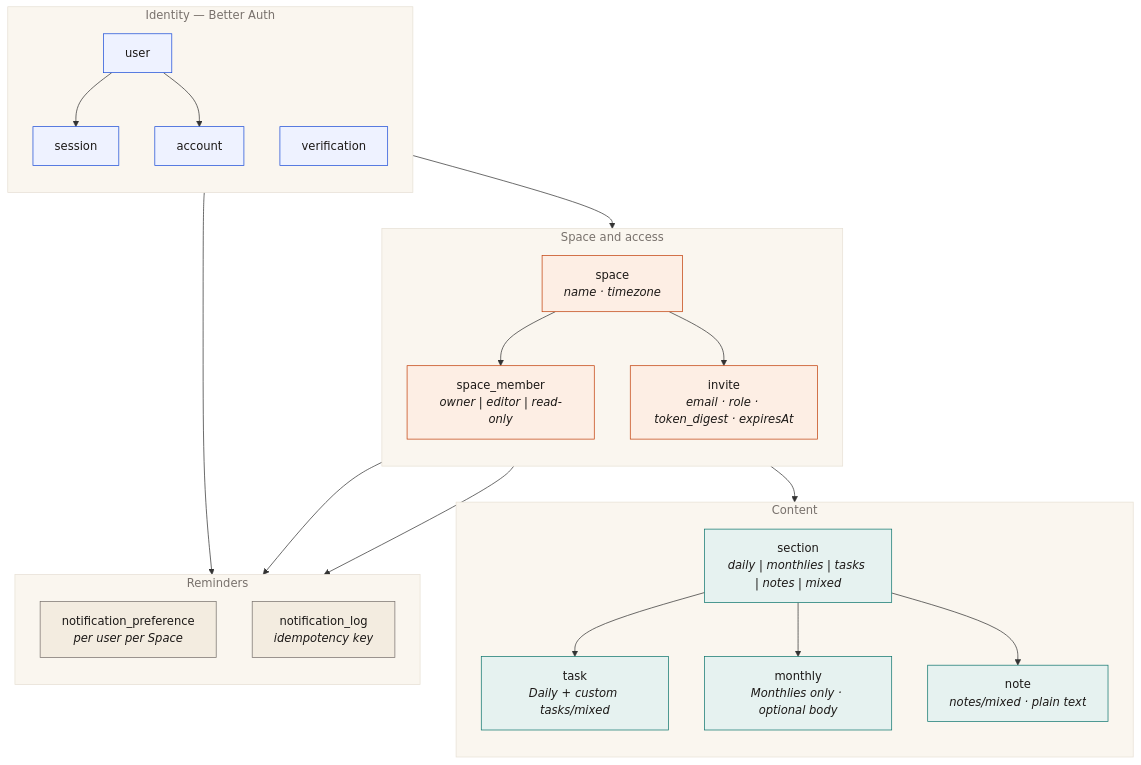
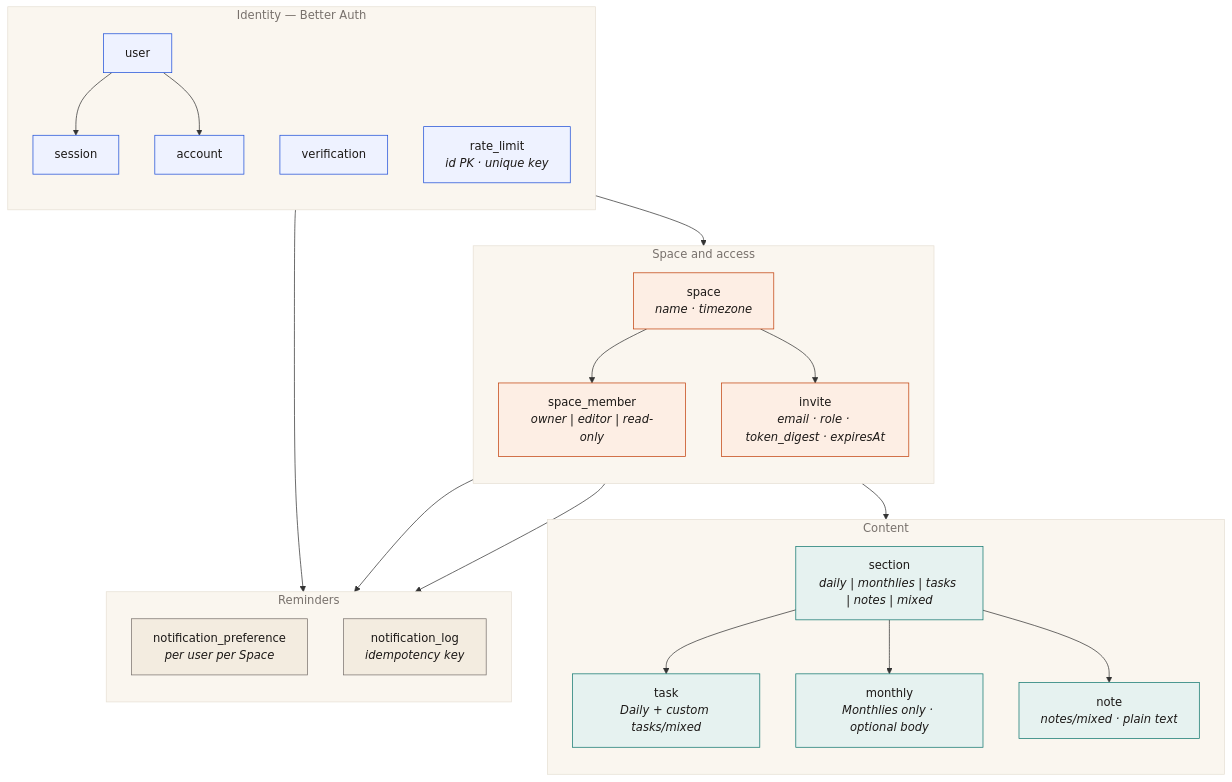
Before and after one commit to JonTrader/Orbit: the first of 3 diagrams in docs/data-model.md, drawn with Mermaid. The commit also changed other lines of this file and 7 other files, not shown here.

Commit message:
Give Better Auth rate_limit an id so production rate limiting can persist.

````diff
--- a/docs/data-model.md
+++ b/docs/data-model.md
@@ -9,59 +9,60 @@
 ```mermaid
 flowchart TB
   subgraph AUTH["Identity — Better Auth"]
     direction TB
     U["user"]
     SE["session"]
     AC["account"]
     VE["verification"]
+    RL["rate_limit<br/><i>id PK · unique key</i>"]
   end
 
   subgraph ACCESS["Space and access"]
     direction TB
     SP["space<br/><i>name · timezone</i>"]
     SM["space_member<br/><i>owner | editor | read-only</i>"]
     IN["invite<br/><i>email · role · token_digest · expiresAt</i>"]
   end
 
   subgraph CONTENT["Content"]
     direction TB
     SC["section<br/><i>daily | monthlies | tasks | notes | mixed</i>"]
     TK["task<br/><i>Daily + custom tasks/mixed</i>"]
     MO["monthly<br/><i>Monthlies only · optional body</i>"]
     NO["note<br/><i>notes/mixed · plain text</i>"]
   end
 
   subgraph NOTIFY["Reminders"]
     direction TB
     NP["notification_preference<br/><i>per user per Space</i>"]
     NL["notification_log<br/><i>idempotency key</i>"]
   end
 
   U --> SE
   U --> AC
   U --> SM
   SP --> SM
   SP --> IN
   SP --> SC
   SC --> TK
   SC --> MO
   SC --> NO
   U --> NP
   SP --> NP
   SP --> NL
 
   classDef auth fill:#eef2ff,stroke:#1d4ed8,stroke-width:1px,color:#1c1917
   classDef access fill:#fdeee4,stroke:#c2410c,stroke-width:1px,color:#1c1917
   classDef content fill:#e6f2f0,stroke:#0f766e,stroke-width:1px,color:#1c1917
   classDef notify fill:#f3ece0,stroke:#78716c,stroke-width:1px,color:#1c1917
 
-  class U,SE,AC,VE auth
+  class U,SE,AC,VE,RL auth
   class SP,SM,IN access
   class SC,TK,MO,NO content
   class NP,NL notify
 
   style AUTH fill:#faf6ef,stroke:#e7e0d4,color:#78716c
   style ACCESS fill:#faf6ef,stroke:#e7e0d4,color:#78716c
   style CONTENT fill:#faf6ef,stroke:#e7e0d4,color:#78716c
   style NOTIFY fill:#faf6ef,stroke:#e7e0d4,color:#78716c
 ```
````
